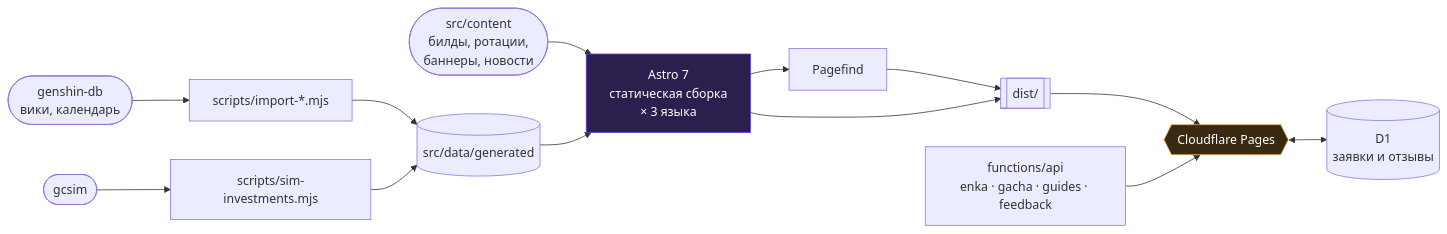
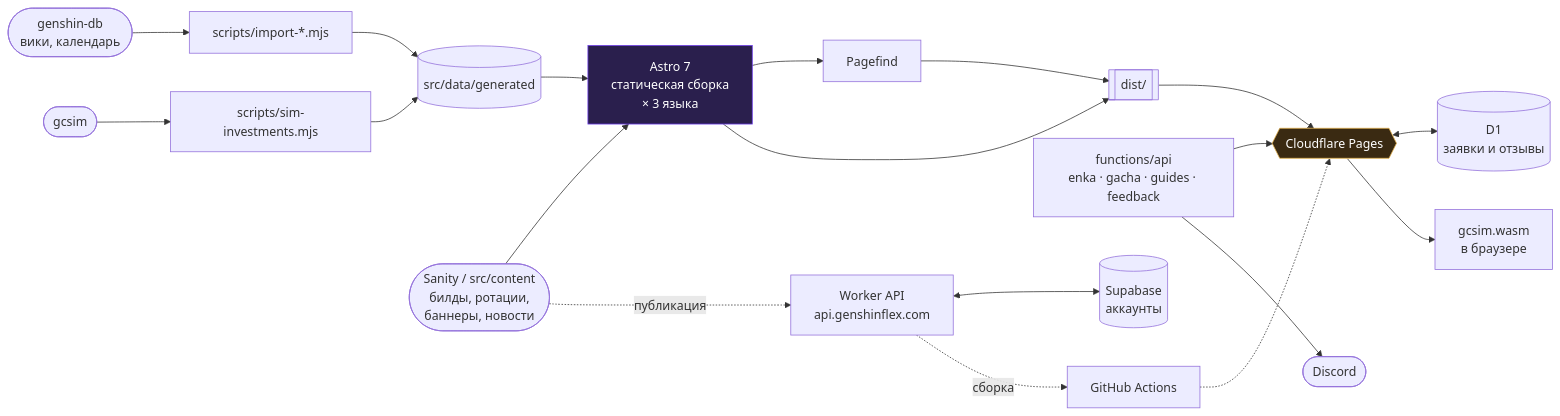
One commit to logreus-cloud/genshinflex changed the diagram in README.md. Above: the diagram before and after it, drawn with Mermaid. The commit also changed other lines of this file and 4 other files, not shown here.

Commit message:
Лицензии: уведомление об AGPL-3.0 для gcsim, сторонние компоненты; README: симулятор, Discord, аккаунты и CMS

````diff
--- a/README.md
+++ b/README.md
@@ -91,16 +99,20 @@
 ```mermaid
 flowchart LR
     GDB([genshin-db<br/>вики, календарь]) --> IMP[scripts/import-*.mjs]
     IMP --> GEN[(src/data/generated)]
     SIM([gcsim]) --> INV[scripts/sim-investments.mjs] --> GEN
-    MD([src/content<br/>билды, ротации,<br/>баннеры, новости]) --> ASTRO
+    CMS([Sanity / src/content<br/>билды, ротации,<br/>баннеры, новости]) --> ASTRO
     GEN --> ASTRO[Astro 7<br/>статическая сборка<br/>× 3 языка]
     ASTRO --> PF[Pagefind] --> DIST[[dist/]]
     ASTRO --> DIST
     DIST --> CF{{Cloudflare Pages}}
     FN[functions/api<br/>enka · gacha · guides · feedback] --> CF
     CF <--> D1[(D1<br/>заявки и отзывы)]
+    FN --> DC([Discord])
+    CF --> WASM[gcsim.wasm<br/>в браузере]
+    API[Worker API<br/>api.genshinflex.com] <--> SB[(Supabase<br/>аккаунты)]
+    CMS -. публикация .-> API -. сборка .-> GHA[GitHub Actions] -.-> CF
 
     style ASTRO fill:#2a1f4d,stroke:#6C3CE9,color:#fff
     style CF fill:#3a2a12,stroke:#E3B04B,color:#fff
 ```
````
